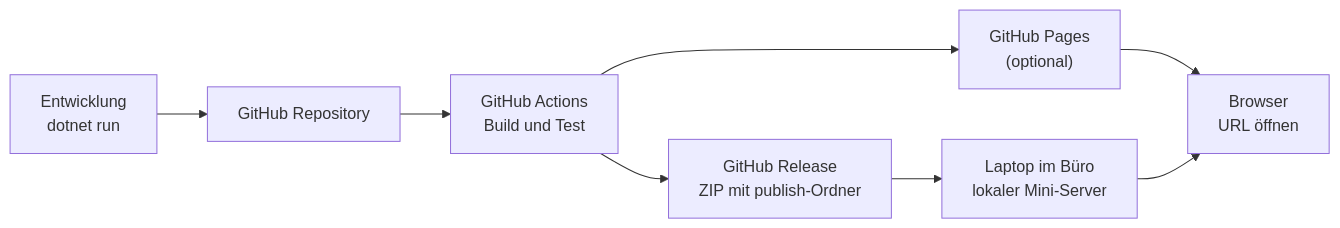
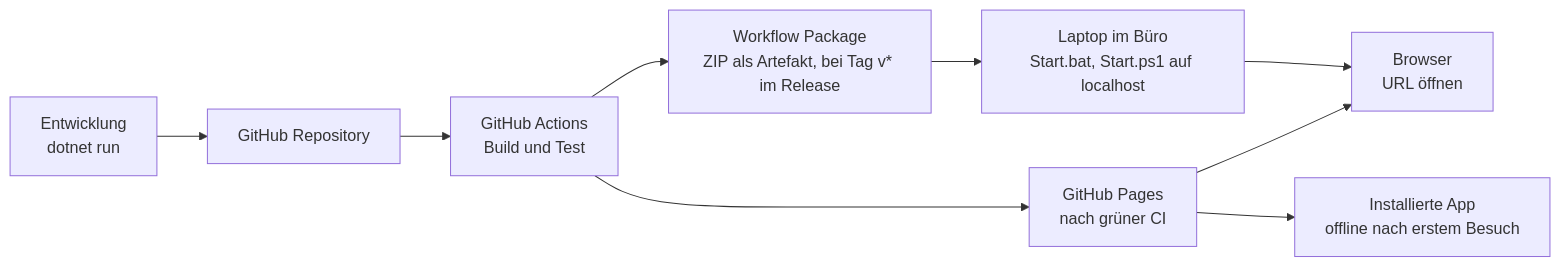
One commit to ramonafrick/HeroPath changed the seventh of 7 diagrams in docs/Architektur C4.md. Above: the diagram before and after it, drawn with Mermaid. The commit also changed other lines of this file and 5 other files, not shown here.

````diff
--- a/docs/Architektur C4.md
+++ b/docs/Architektur C4.md
@@ -714,10 +723,11 @@
 ```mermaid
 flowchart LR
   dev["Entwicklung<br/>dotnet run"] --> gh["GitHub Repository"]
   gh --> actions["GitHub Actions<br/>Build und Test"]
-  actions --> pages["GitHub Pages<br/>(optional)"]
-  actions --> release["GitHub Release<br/>ZIP mit publish-Ordner"]
-  release --> laptop["Laptop im Büro<br/>lokaler Mini-Server"]
+  actions --> pages["GitHub Pages<br/>nach grüner CI"]
+  actions --> zip["Workflow Package<br/>ZIP als Artefakt, bei Tag v* im Release"]
+  zip --> laptop["Laptop im Büro<br/>Start.bat, Start.ps1 auf localhost"]
   pages --> browser["Browser<br/>URL öffnen"]
+  pages --> app["Installierte App<br/>offline nach erstem Besuch"]
   laptop --> browser
 ```
````
